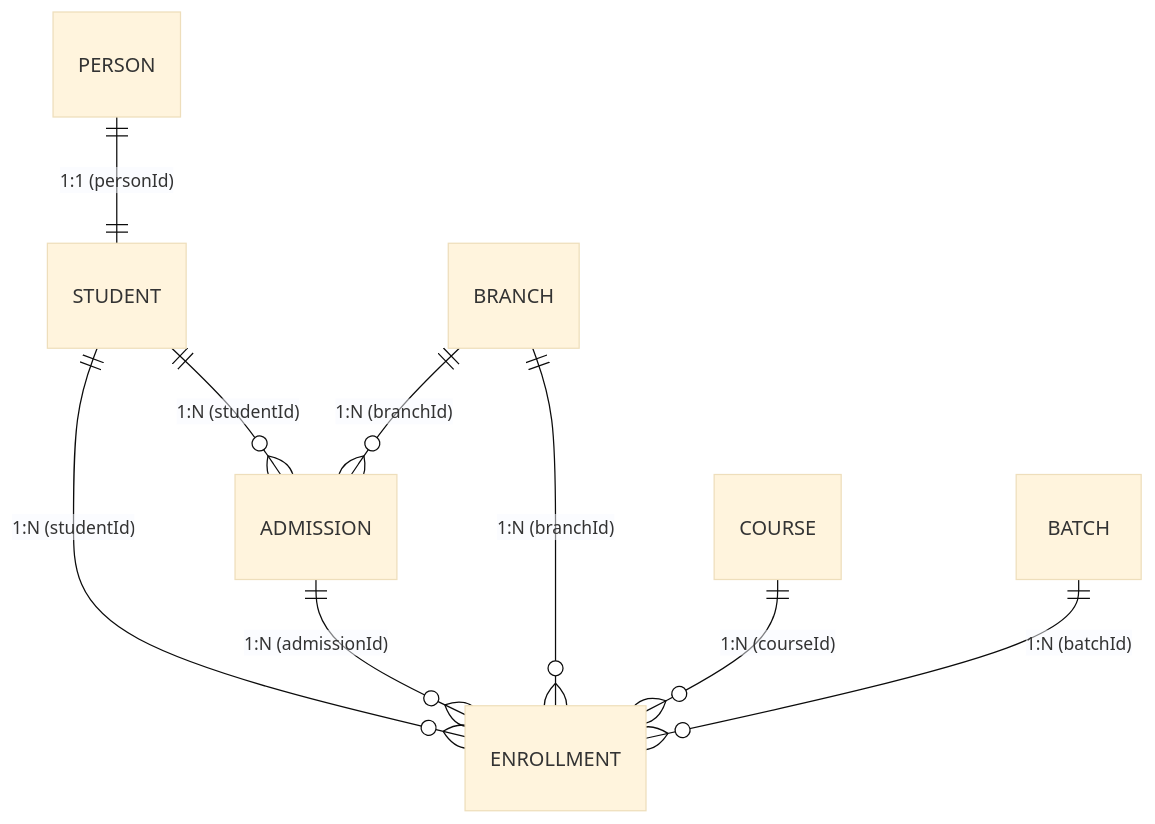
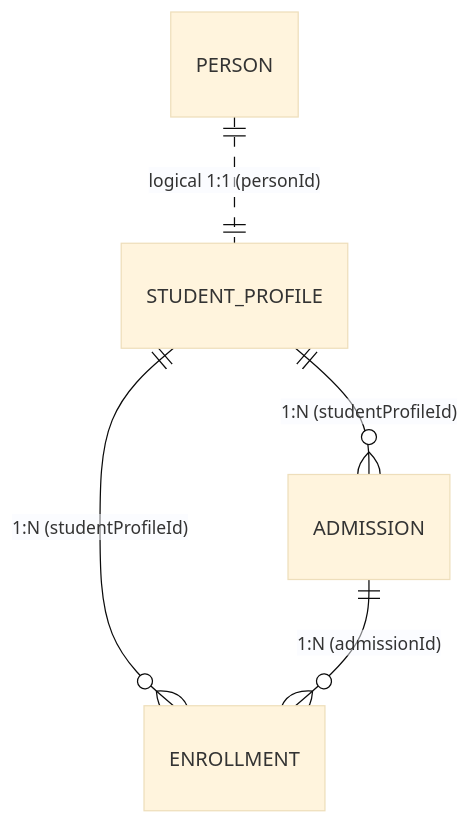
The diagram in docs/architecture/frd/Module 04: Admission & Enrollment Management/Part 4 – Database Entities and CRUD Matrix.md (needuvazh/ims-v2), drawn with Mermaid (base theme) before and after one commit. The commit also changed other lines of this file and 128 other files, not shown here.

````diff
--- a/docs/architecture/frd/Module 04: Admission & Enrollment Management/Part 4 – Database Entities and CRUD Matrix.md
+++ b/docs/architecture/frd/Module 04: Admission & Enrollment Management/Part 4 – Database Entities and CRUD Matrix.md
@@ -267,13 +262,9 @@
 ```mermaid
 erDiagram
-    PERSON ||--|| STUDENT : "1:1 (personId)"
-    STUDENT ||--o{ ADMISSION : "1:N (studentId)"
-    STUDENT ||--o{ ENROLLMENT : "1:N (studentId)"
+    PERSON ||..|| STUDENT_PROFILE : "logical 1:1 (personId)"
+    STUDENT_PROFILE ||--o{ ADMISSION : "1:N (studentProfileId)"
+    STUDENT_PROFILE ||--o{ ENROLLMENT : "1:N (studentProfileId)"
     ADMISSION ||--o{ ENROLLMENT : "1:N (admissionId)"
     
-    BRANCH ||--o{ ADMISSION : "1:N (branchId)"
-    BRANCH ||--o{ ENROLLMENT : "1:N (branchId)"
-    
-    COURSE ||--o{ ENROLLMENT : "1:N (courseId)"
-    BATCH ||--o{ ENROLLMENT : "1:N (batchId)"
+    %% Note: Cross-context relations are logical UUID references only and are not represented as database constraints
 ```
````
